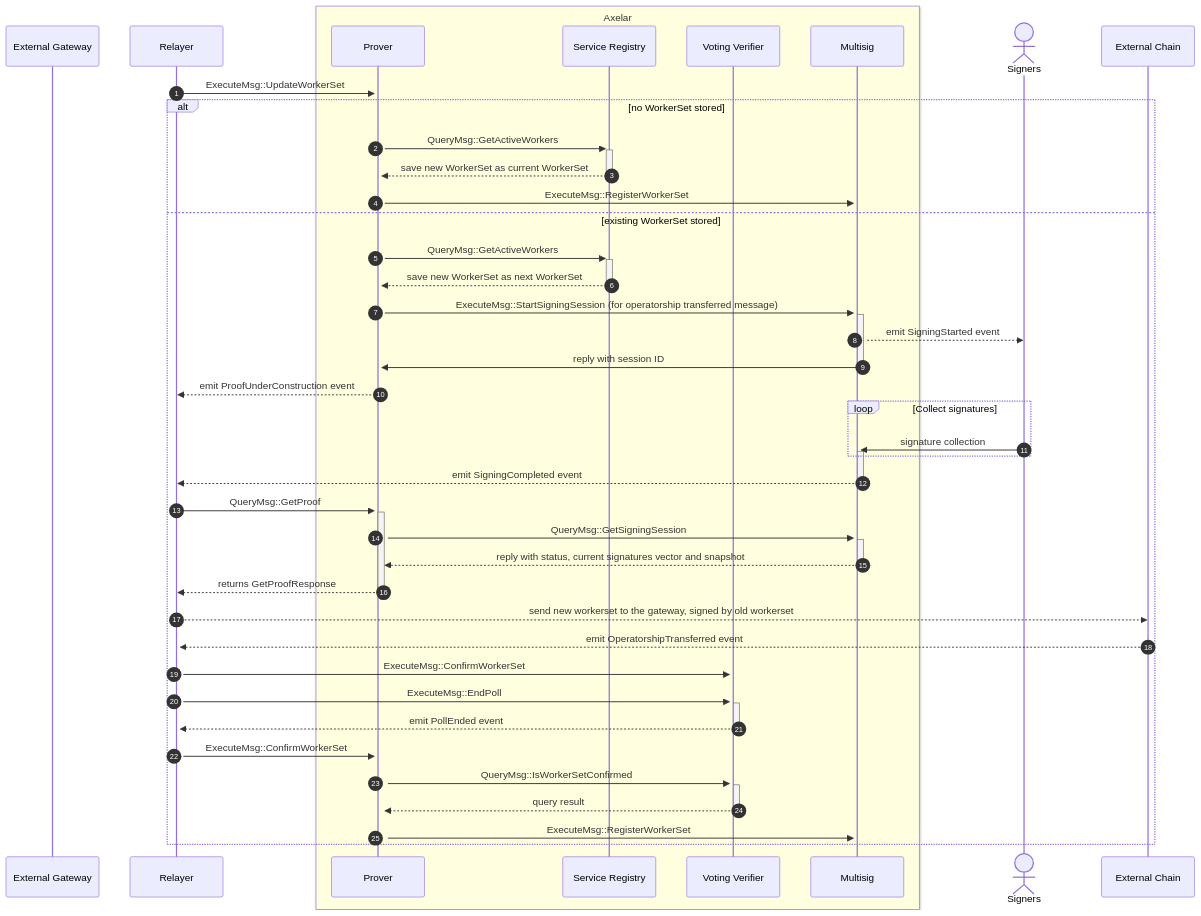
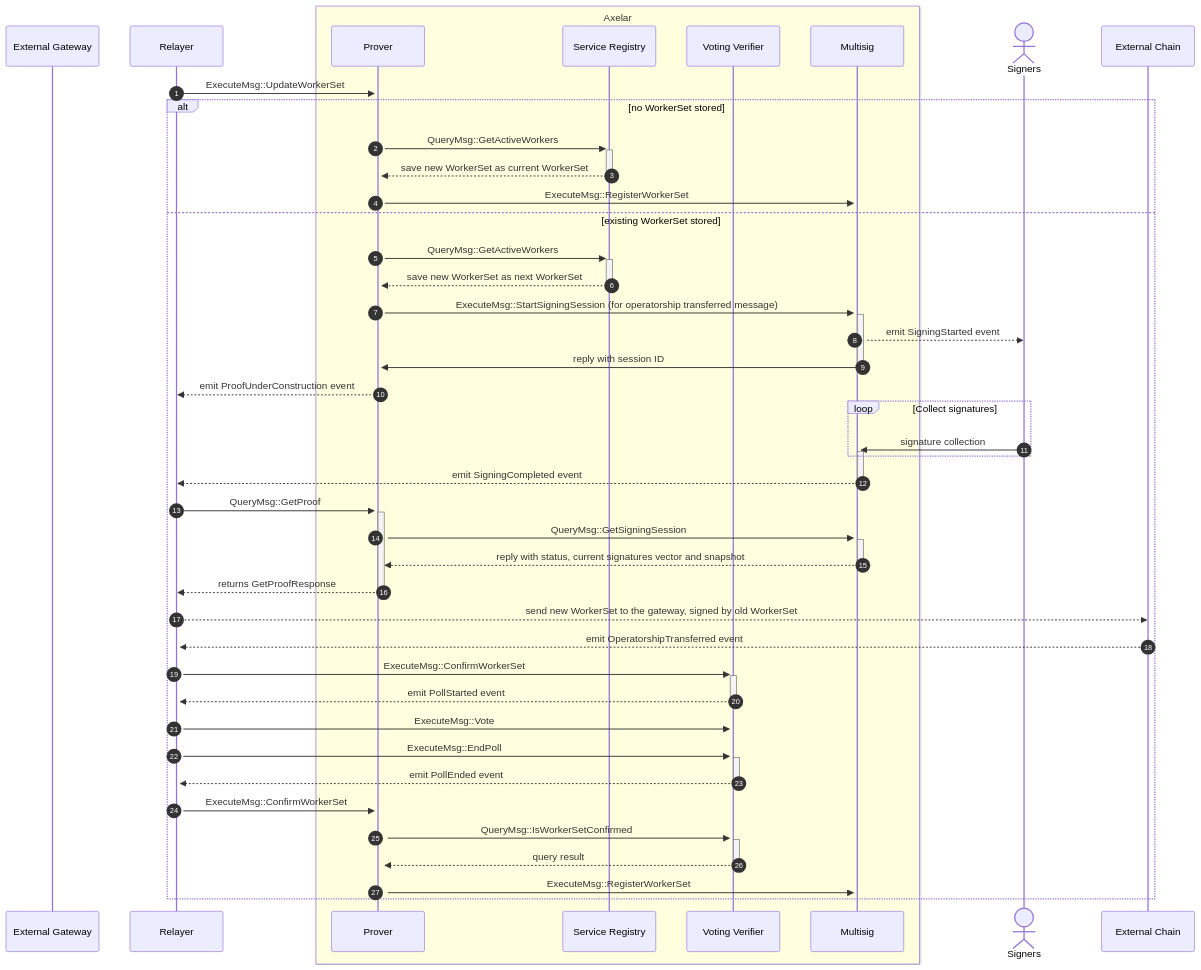
One commit to axelarnetwork/axelar-amplifier changed the fourth of 4 diagrams in doc/src/contracts/multisig_prover.md. Above: the diagram before and after it, drawn with Mermaid. The commit also changed other lines of this file, not shown here.

Commit message:
Add voting to Multisig Prover docs

````diff
--- a/doc/src/contracts/multisig_prover.md
+++ b/doc/src/contracts/multisig_prover.md
@@ -152,43 +152,45 @@
 ```mermaid
 sequenceDiagram
 autonumber
 participant External Gateway
 participant Relayer
 box LightYellow Axelar
 participant Prover
 participant Service Registry
 participant Voting Verifier
 participant Multisig
 end
 actor Signers
 Relayer->>+Prover: ExecuteMsg::UpdateWorkerSet
 alt no WorkerSet stored
   Prover->>+Service Registry: QueryMsg::GetActiveWorkers
   Service Registry-->>-Prover: save new WorkerSet as current WorkerSet
   Prover->>+Multisig: ExecuteMsg::RegisterWorkerSet
 else existing WorkerSet stored
   Prover->>+Service Registry: QueryMsg::GetActiveWorkers
   Service Registry-->>-Prover: save new WorkerSet as next WorkerSet
   Prover->>+Multisig: ExecuteMsg::StartSigningSession (for operatorship transferred message)
   Multisig-->>Signers: emit SigningStarted event
   Multisig->>-Prover: reply with session ID
   Prover-->>Relayer: emit ProofUnderConstruction event
   loop Collect signatures
 	  Signers->>+Multisig: signature collection
   end
   Multisig-->>-Relayer: emit SigningCompleted event
   Relayer->>+Prover: QueryMsg::GetProof
   Prover->>+Multisig: QueryMsg::GetSigningSession
   Multisig-->>-Prover: reply with status, current signatures vector and snapshot
   Prover-->>-Relayer: returns GetProofResponse
-  Relayer-->>External Chain: send new workerset to the gateway, signed by old workerset
+  Relayer-->>External Chain: send new WorkerSet to the gateway, signed by old WorkerSet
   External Chain-->>+Relayer: emit OperatorshipTransferred event
   Relayer->>+Voting Verifier: ExecuteMsg::ConfirmWorkerSet
+  Voting Verifier-->>-Relayer: emit PollStarted event
+  Relayer->>+Voting Verifier: ExecuteMsg::Vote
   Relayer->>+Voting Verifier: ExecuteMsg::EndPoll
   Voting Verifier-->>-Relayer: emit PollEnded event
   Relayer->>+Prover: ExecuteMsg::ConfirmWorkerSet
   Prover->>+Voting Verifier: QueryMsg::IsWorkerSetConfirmed
   Voting Verifier-->>-Prover: query result
   Prover->>+Multisig: ExecuteMsg::RegisterWorkerSet
 end
 ```
````
